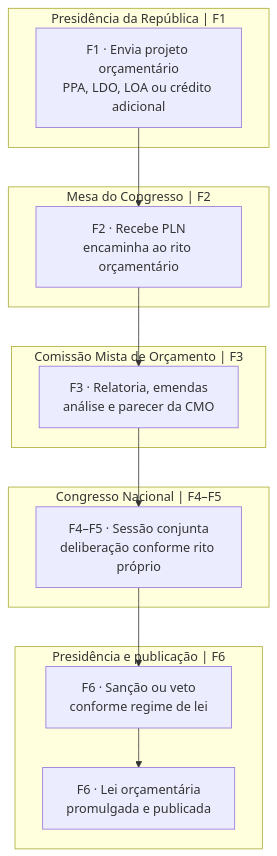
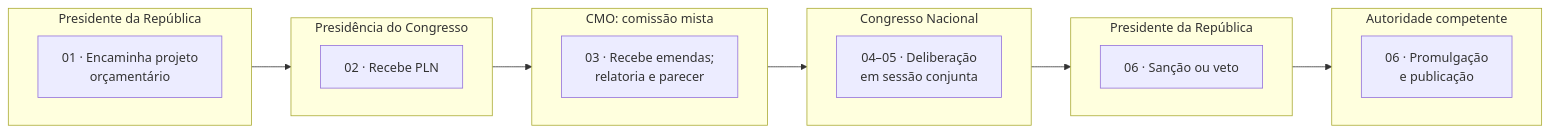
One commit to leorruas/concursos changed the ninth of 10 diagrams in 3 - Materias/Direito Constitucional/38 - blueprints do processo legislativo por especie normativa.md. Above: the diagram before and after it, drawn with Mermaid. The commit also changed other lines of this file, not shown here.

````diff
--- a/3 - Materias/Direito Constitucional/38 - blueprints do processo legislativo por especie normativa.md
+++ b/3 - Materias/Direito Constitucional/38 - blueprints do processo legislativo por especie normativa.md
@@ -280,20 +314,28 @@
 ```mermaid
-flowchart TB
- subgraph EXEC["Presidência da República | F1"]
- A["F1 · Envia projeto orçamentário<br/>PPA, LDO, LOA ou crédito adicional"]
- end
- subgraph CN["Mesa do Congresso | F2"]
- B["F2 · Recebe PLN<br/>encaminha ao rito orçamentário"]
- end
- subgraph CMO["Comissão Mista de Orçamento | F3"]
- C["F3 · Relatoria, emendas<br/>análise e parecer da CMO"]
- end
- subgraph SESSAO["Congresso Nacional | F4–F5"]
- D["F4–F5 · Sessão conjunta<br/>deliberação conforme rito próprio"]
- end
- subgraph EXECFINAL["Presidência e publicação | F6"]
- E["F6 · Sanção ou veto<br/>conforme regime de lei"]
- F["F6 · Lei orçamentária<br/>promulgada e publicada"]
- end
- A --> B --> C --> D --> E --> F
+flowchart LR
+  subgraph L0["Presidente da República"]
+    direction LR
+    a["01 · Encaminha projeto<br/>orçamentário"]
+  end
+  subgraph L1["Presidência do Congresso"]
+    direction LR
+    b["02 · Recebe PLN"]
+  end
+  subgraph L2["CMO: comissão mista"]
+    direction LR
+    c["03 · Recebe emendas;<br/>relatoria e parecer"]
+  end
+  subgraph L3["Congresso Nacional"]
+    direction LR
+    d["04–05 · Deliberação<br/>em sessão conjunta"]
+  end
+  subgraph L4["Presidente da República"]
+    direction LR
+    e["06 · Sanção ou veto"]
+  end
+  subgraph L5["Autoridade competente"]
+    direction LR
+    f["06 · Promulgação<br/>e publicação"]
+  end
+  a --> b --> c --> d --> e --> f
 ```
````
